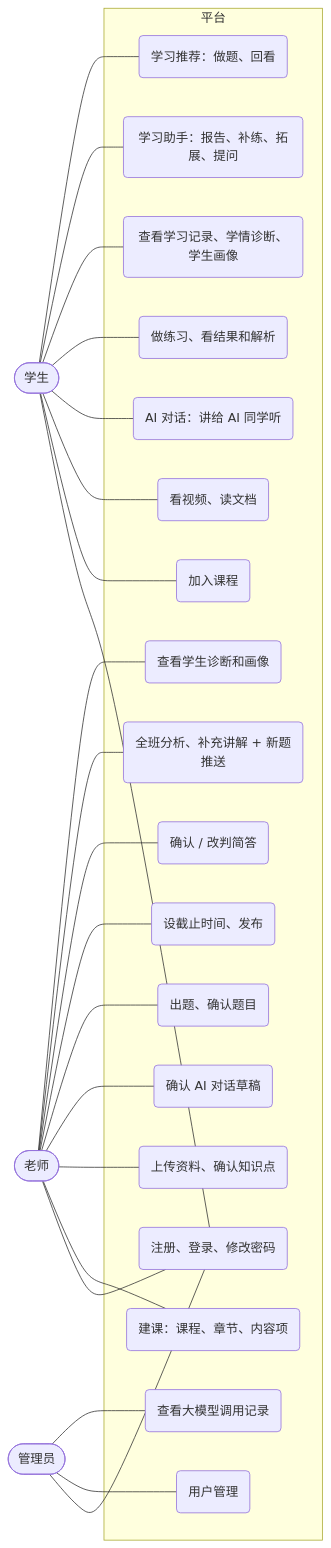
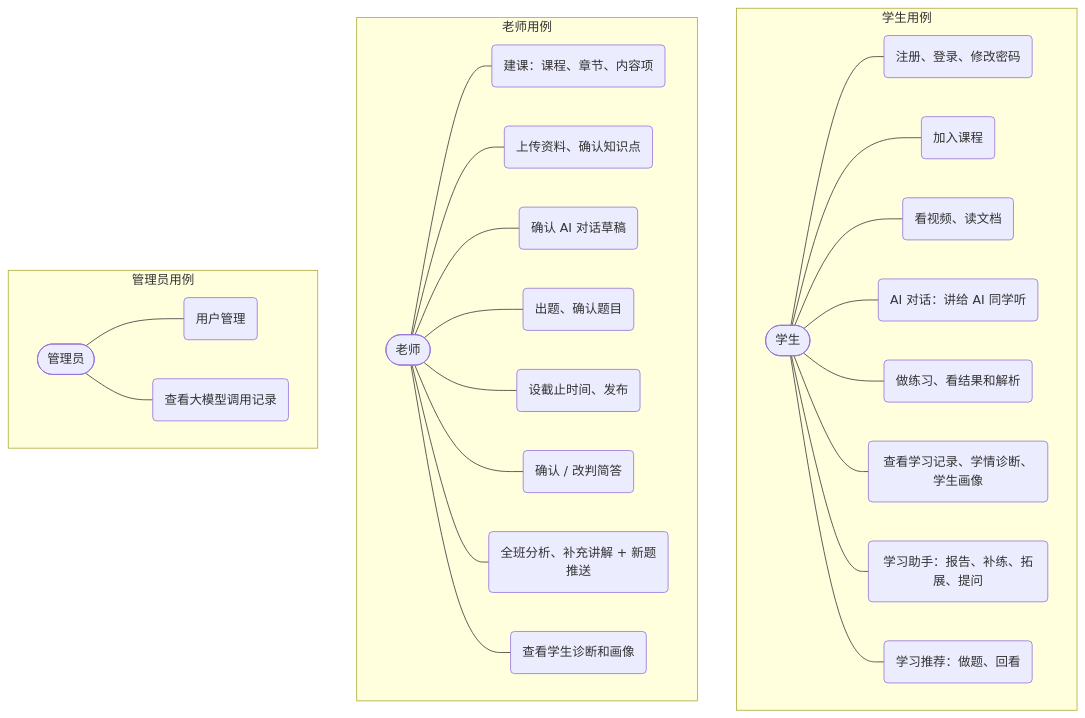
One commit to BRYANSOONZEN/Ai-Agent-Learning-Assistant changed the second of 2 diagrams in docs/提交材料/01-需求分析.md. Above: the diagram before and after it, drawn with Mermaid. The commit also changed other lines of this file and 3 other files, not shown here.

Commit message:
Markdown 转 Word 工具（流程图渲染成图片、Word 自动目录、A4、按内容分配列宽）；需求分析的两张图改成适合打印的版式

````diff
--- a/docs/提交材料/01-需求分析.md
+++ b/docs/提交材料/01-需求分析.md
@@ -136,29 +136,36 @@
 ```mermaid
-flowchart LR
-    S([学生])
-    T([老师])
-    A([管理员])
-    subgraph 平台
+flowchart TB
+    subgraph 学生用例
+        direction LR
+        S([学生])
         U1(注册、登录、修改密码)
         U2(加入课程)
         U3(看视频、读文档)
         U4(AI 对话：讲给 AI 同学听)
         U5(做练习、看结果和解析)
         U6(查看学习记录、学情诊断、学生画像)
         U7(学习助手：报告、补练、拓展、提问)
         U8(学习推荐：做题、回看)
+    end
+    subgraph 老师用例
+        direction LR
+        T([老师])
         U9(建课：课程、章节、内容项)
         U10(上传资料、确认知识点)
         U11(确认 AI 对话草稿)
         U12(出题、确认题目)
         U13(设截止时间、发布)
         U14(确认 / 改判简答)
         U15(全班分析、补充讲解 + 新题推送)
         U16(查看学生诊断和画像)
+    end
+    subgraph 管理员用例
+        direction LR
+        A([管理员])
         U17(用户管理)
         U18(查看大模型调用记录)
     end
     S --- U1 & U2 & U3 & U4 & U5 & U6 & U7 & U8
-    T --- U1 & U9 & U10 & U11 & U12 & U13 & U14 & U15 & U16
-    A --- U1 & U17 & U18
+    T --- U9 & U10 & U11 & U12 & U13 & U14 & U15 & U16
+    A --- U17 & U18
 ```
````
